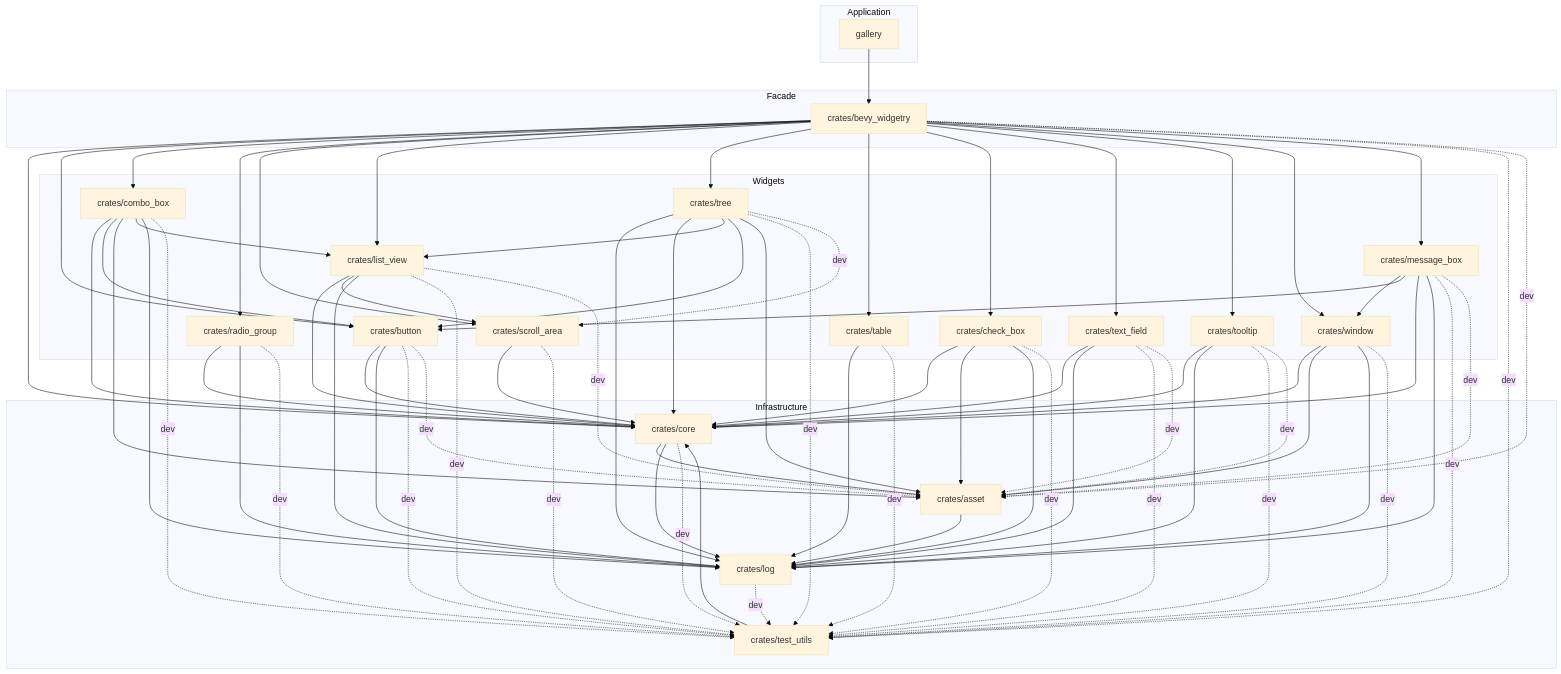
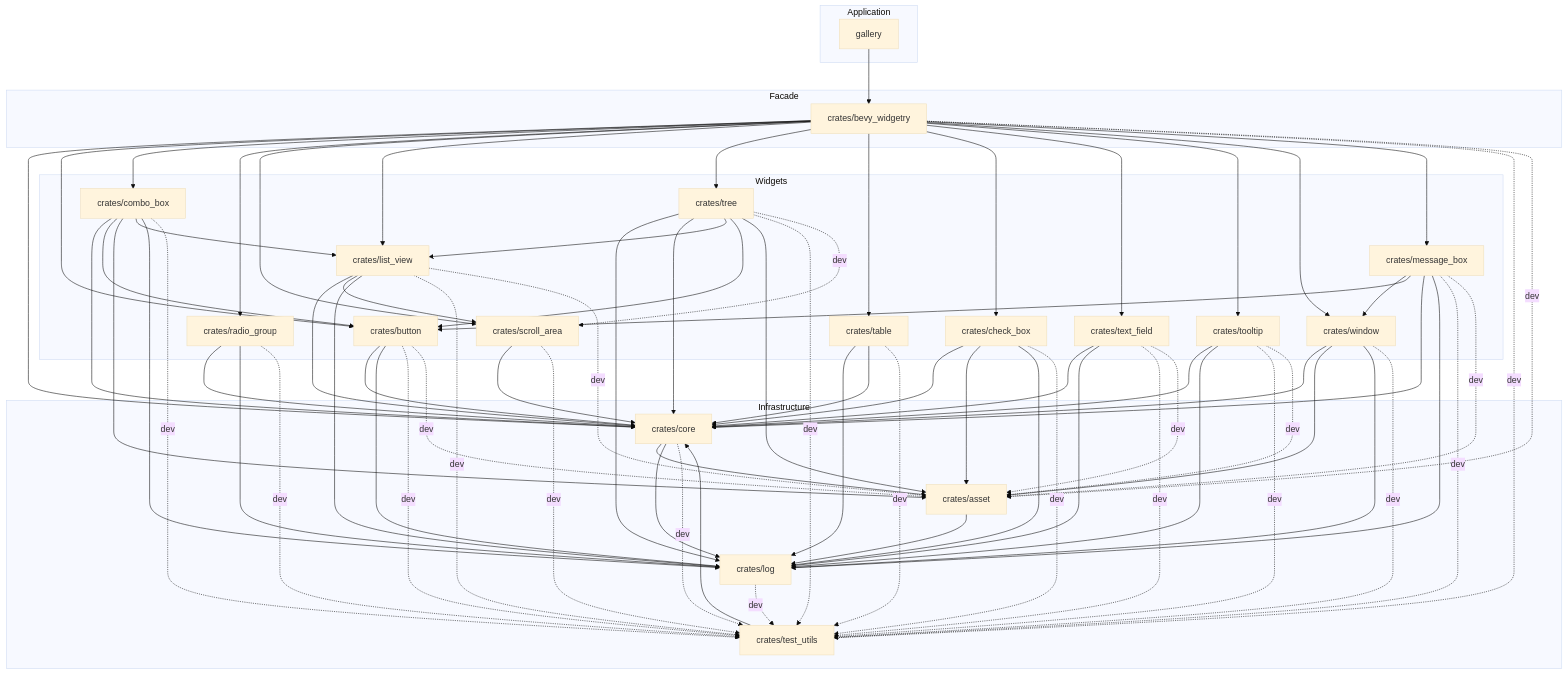
One commit to slc90/bevy_widgetry changed the diagram in docs/architecture.md. Above: the diagram before and after it, drawn with Mermaid (base theme). The commit also changed other lines of this file and 9 other files, not shown here.

```diff
--- a/docs/architecture.md
+++ b/docs/architecture.md
@@ -261,6 +263,7 @@
     tree -. dev .-> test_utils
     tree -. dev .-> scroll_area
     table --> log
+    table --> core
     table -. dev .-> test_utils
     check_box --> core
     check_box --> asset
```
